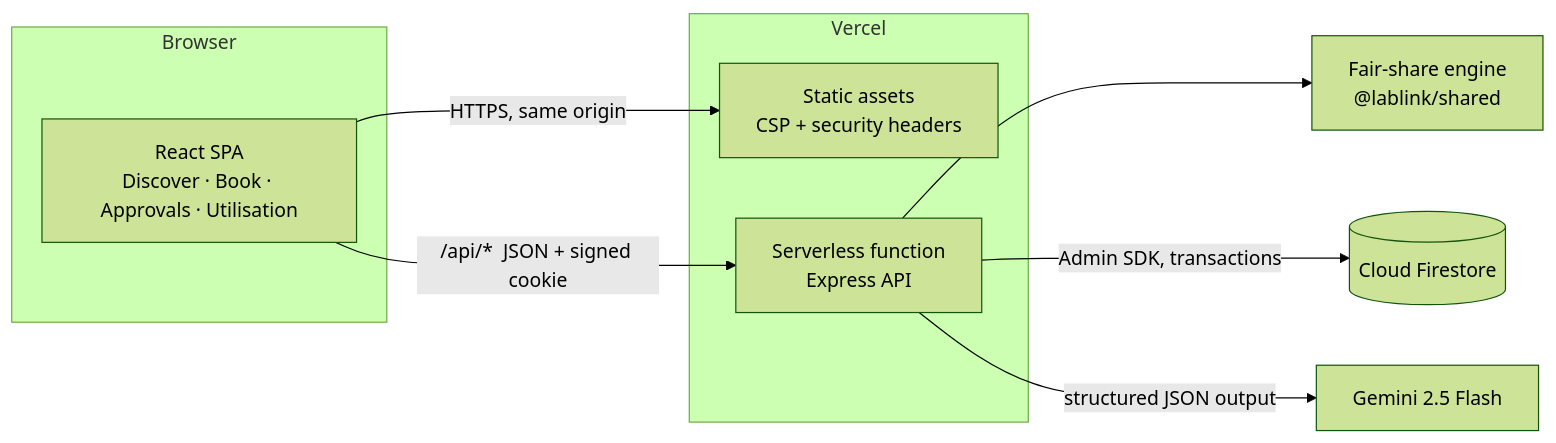
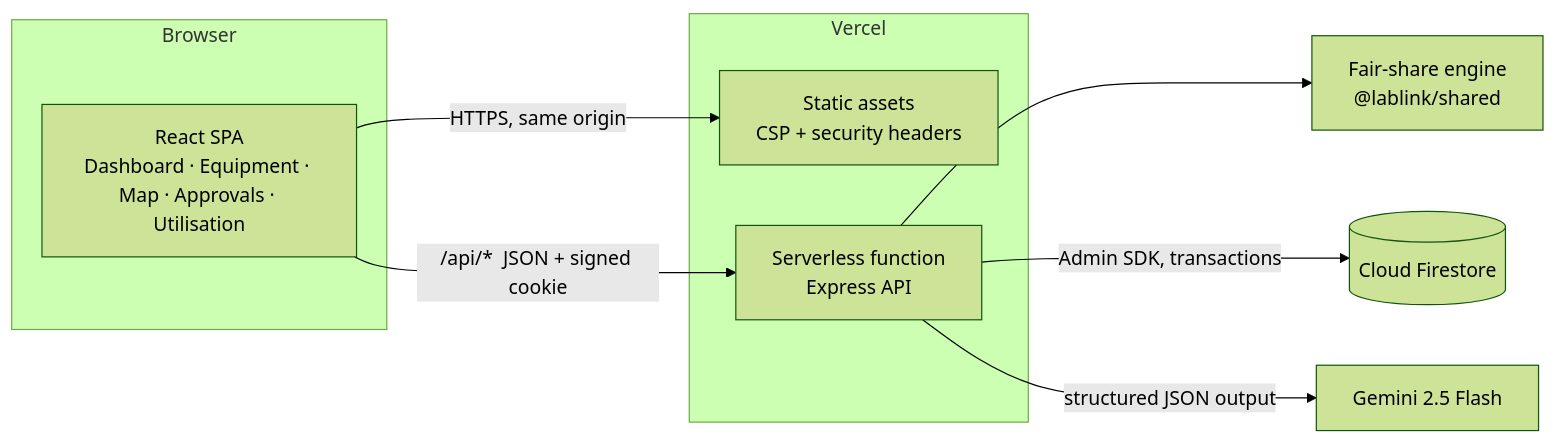
Before and after one commit to tramplingh/PromptWars: the diagram in README.md, drawn with Mermaid (forest theme). The commit also changed other lines of this file and 56 other files, not shown here.

````diff
--- a/README.md
+++ b/README.md
@@ -51,15 +51,15 @@
 ```mermaid
 flowchart LR
   subgraph Browser
-    UI[React SPA<br/>Discover · Book · Approvals · Utilisation]
+    UI[React SPA<br/>Dashboard · Equipment · Map · Approvals · Utilisation]
   end
   subgraph Vercel
     CDN[Static assets<br/>CSP + security headers]
     FN[Serverless function<br/>Express API]
   end
   UI -->|HTTPS, same origin| CDN
   UI -->|/api/*  JSON + signed cookie| FN
   FN --> ENG[Fair-share engine<br/>@lablink/shared]
   FN -->|Admin SDK, transactions| FS[(Cloud Firestore)]
   FN -->|structured JSON output| GEM[Gemini 2.5 Flash]
 ```
````
